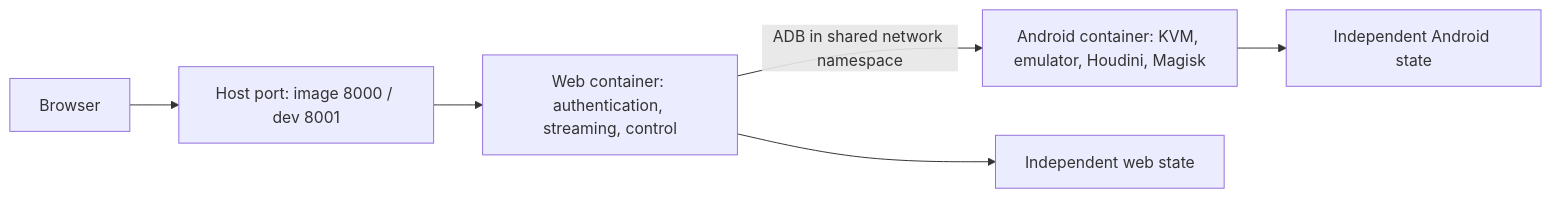
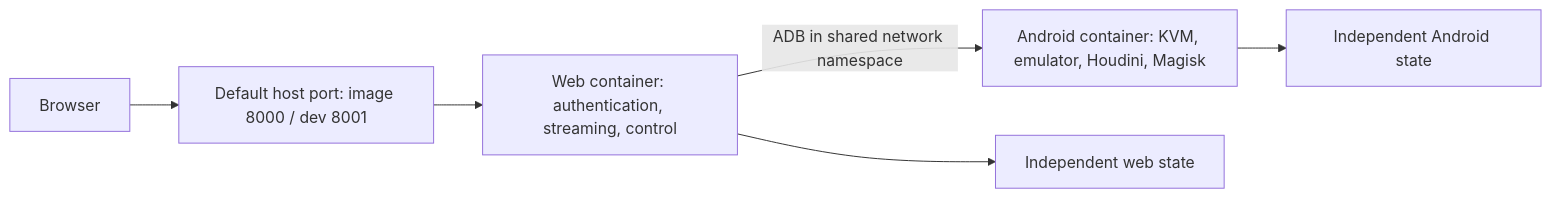
Before and after one commit to zhouxv/android7-cloud: the second of 2 diagrams in OVERVIEW.en.md, drawn with Mermaid. The commit also changed other lines of this file and 6 other files, not shown here.

````diff
--- a/OVERVIEW.en.md
+++ b/OVERVIEW.en.md
@@ -37,8 +37,8 @@
 ```mermaid
 flowchart LR
-    U[Browser] --> P[Host port: image 8000 / dev 8001]
+    U[Browser] --> P[Default host port: image 8000 / dev 8001]
     P --> W[Web container: authentication, streaming, control]
     W -->|ADB in shared network namespace| A[Android container: KVM, emulator, Houdini, Magisk]
     W --> WD[Independent web state]
     A --> AD[Independent Android state]
 ```
````
